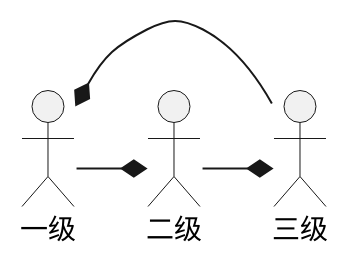
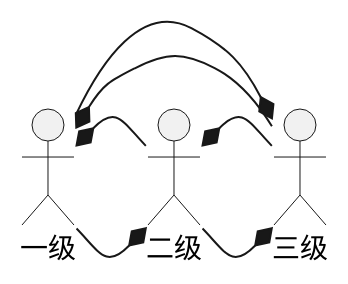
The second of 4 diagrams in node/099/如何快速用docsify写一篇文章及各种工具插件.md (GeneralSandman/zhenhuli-blog), drawn with PlantUML before and after one commit. The commit also changed other lines of this file and 24 other files, not shown here.

````diff
--- a/node/099/如何快速用docsify写一篇文章及各种工具插件.md
+++ b/node/099/如何快速用docsify写一篇文章及各种工具插件.md
@@ -25,5 +63,9 @@
 ```plantuml
 :一级: -right-*  :二级: 
 :二级: -right-*  :三级: 
 :三级: -right-*  :一级:
+
+:一级: -right-*  :三级: 
+:三级: -right-*  :二级: 
+:二级: -right-*  :一级:
 ```
````
